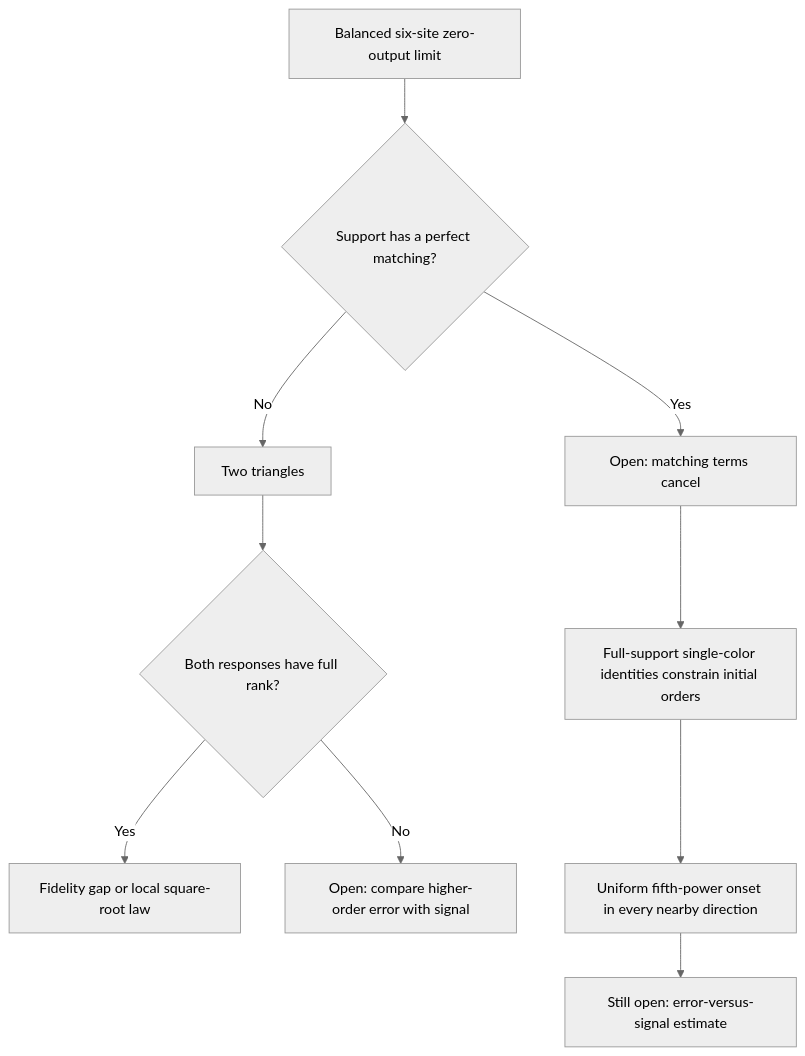
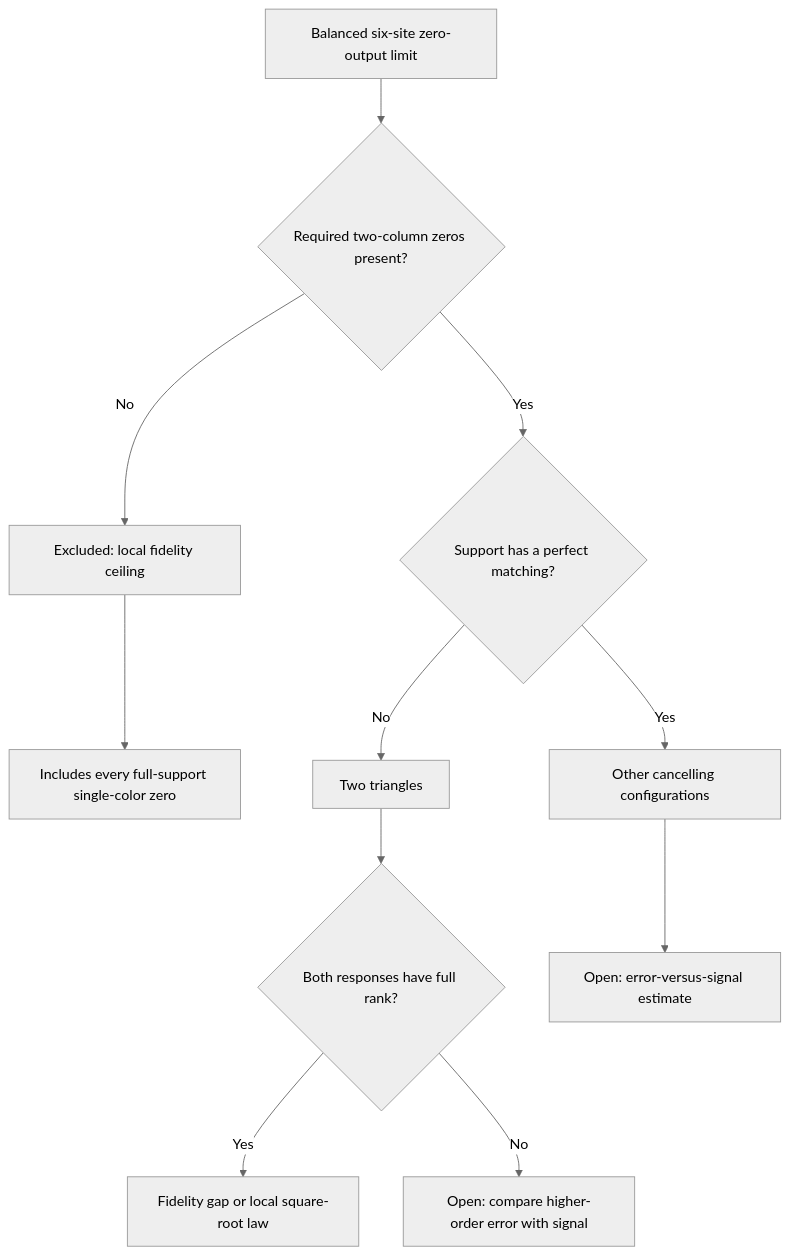
Before and after one commit to rrajasek95/krenn-conjecture: the diagram in research/ghz-rates/README.md, drawn with Mermaid (neutral theme). The commit also changed other lines of this file and 13 other files, not shown here.

Commit message:
Exclude full-support GHZ limits with star fidelity certificates

```diff
--- a/research/ghz-rates/README.md
+++ b/research/ghz-rates/README.md
@@ -58,12 +61,13 @@
 ~~~mermaid
 flowchart TD
-    A["Balanced six-site zero-output limit"] --> B{"Support has a perfect matching?"}
+    A["Balanced six-site zero-output limit"] --> Z{"Required two-column zeros present?"}
+    Z -->|No| X["Excluded: local fidelity ceiling"]
+    X --> Y["Includes every full-support single-color zero"]
+    Z -->|Yes| B{"Support has a perfect matching?"}
     B -->|No| C["Two triangles"]
     C --> D{"Both responses have full rank?"}
     D -->|Yes| E["Fidelity gap or local square-root law"]
     D -->|No| F["Open: compare higher-order error with signal"]
-    B -->|Yes| G["Open: matching terms cancel"]
-    G --> H["Full-support single-color identities constrain initial orders"]
-    H --> J["Uniform fifth-power onset in every nearby direction"]
-    J --> L["Still open: error-versus-signal estimate"]
+    B -->|Yes| G["Other cancelling configurations"]
+    G --> L["Open: error-versus-signal estimate"]
 ~~~
```
